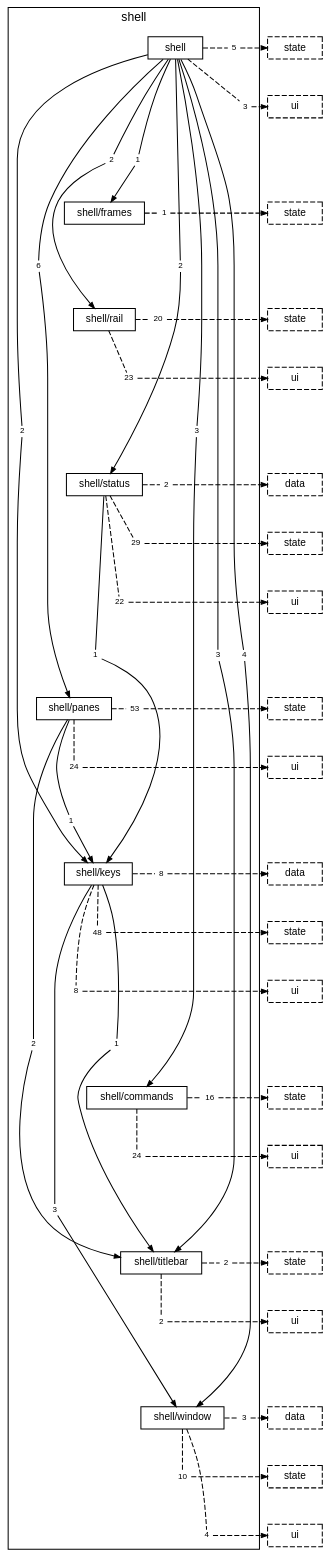
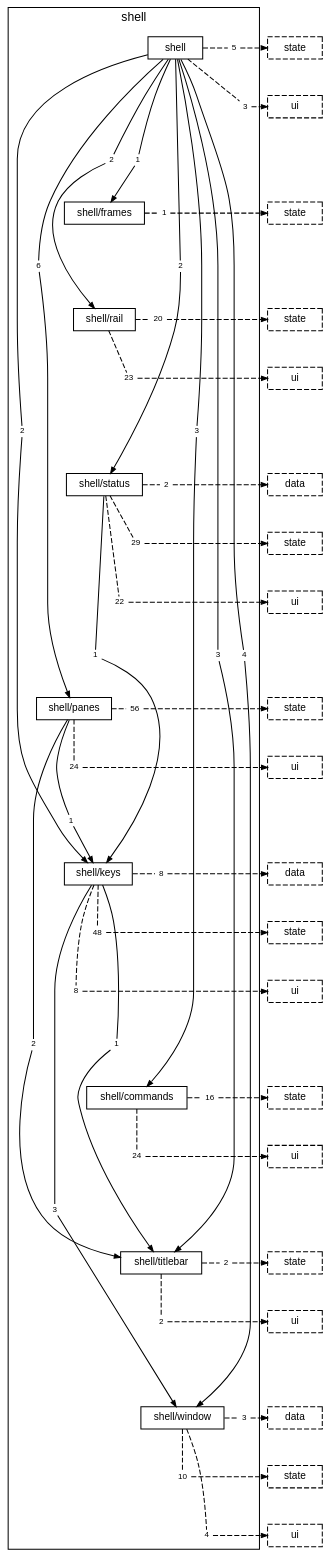
One commit to TheAxeC/oculus changed the diagram in docs/diagrams/layer-shell.dot. Above: the diagram before and after it, drawn with Graphviz. The commit also changed 17 other files, not shown here.

```diff
--- a/docs/diagrams/layer-shell.dot
+++ b/docs/diagrams/layer-shell.dot
@@ -32,7 +32,7 @@
         "folder shell/status to layer ui" [label="22", shape=box, color="transparent", fontsize=8, width=0, height=0, margin="0.04,0.02"];
         "folder shell/panes to folder shell/keys" [label="1", shape=box, color="transparent", fontsize=8, width=0, height=0, margin="0.04,0.02"];
         "folder shell/panes to folder shell/titlebar" [label="2", shape=box, color="transparent", fontsize=8, width=0, height=0, margin="0.04,0.02"];
-        "folder shell/panes to layer state" [label="53", shape=box, color="transparent", fontsize=8, width=0, height=0, margin="0.04,0.02"];
+        "folder shell/panes to layer state" [label="56", shape=box, color="transparent", fontsize=8, width=0, height=0, margin="0.04,0.02"];
         "folder shell/panes to layer ui" [label="24", shape=box, color="transparent", fontsize=8, width=0, height=0, margin="0.04,0.02"];
         "folder shell/keys to folder shell/titlebar" [label="1", shape=box, color="transparent", fontsize=8, width=0, height=0, margin="0.04,0.02"];
         "folder shell/keys to folder shell/window" [label="3", shape=box, color="transparent", fontsize=8, width=0, height=0, margin="0.04,0.02"];
```
